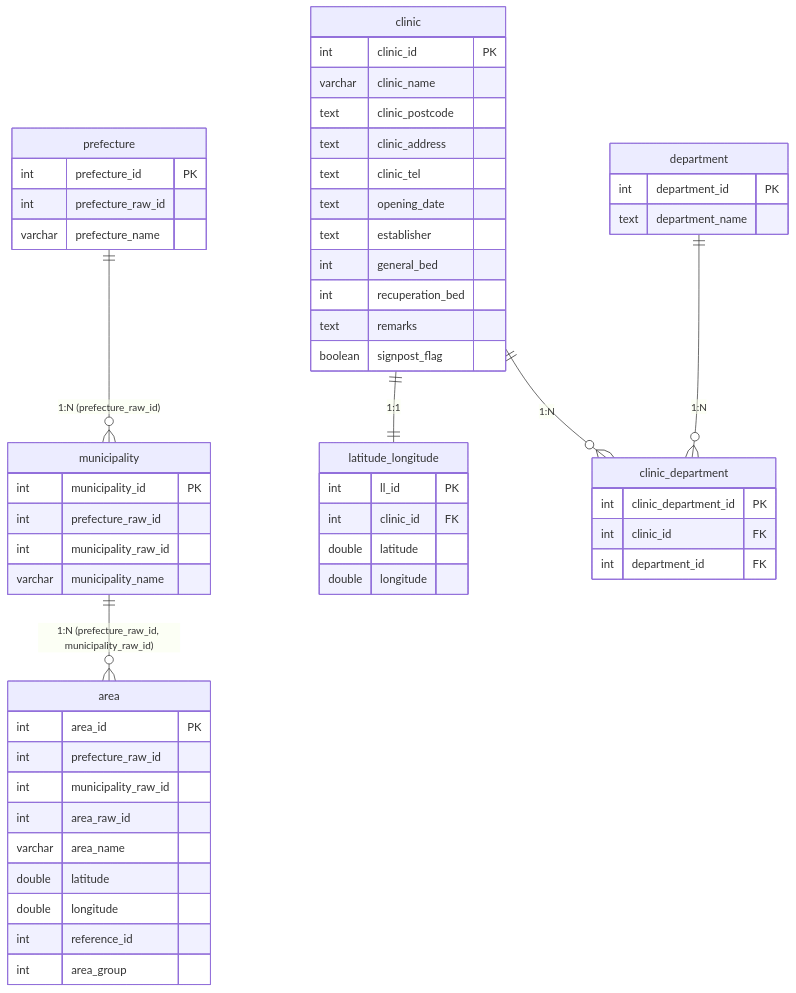
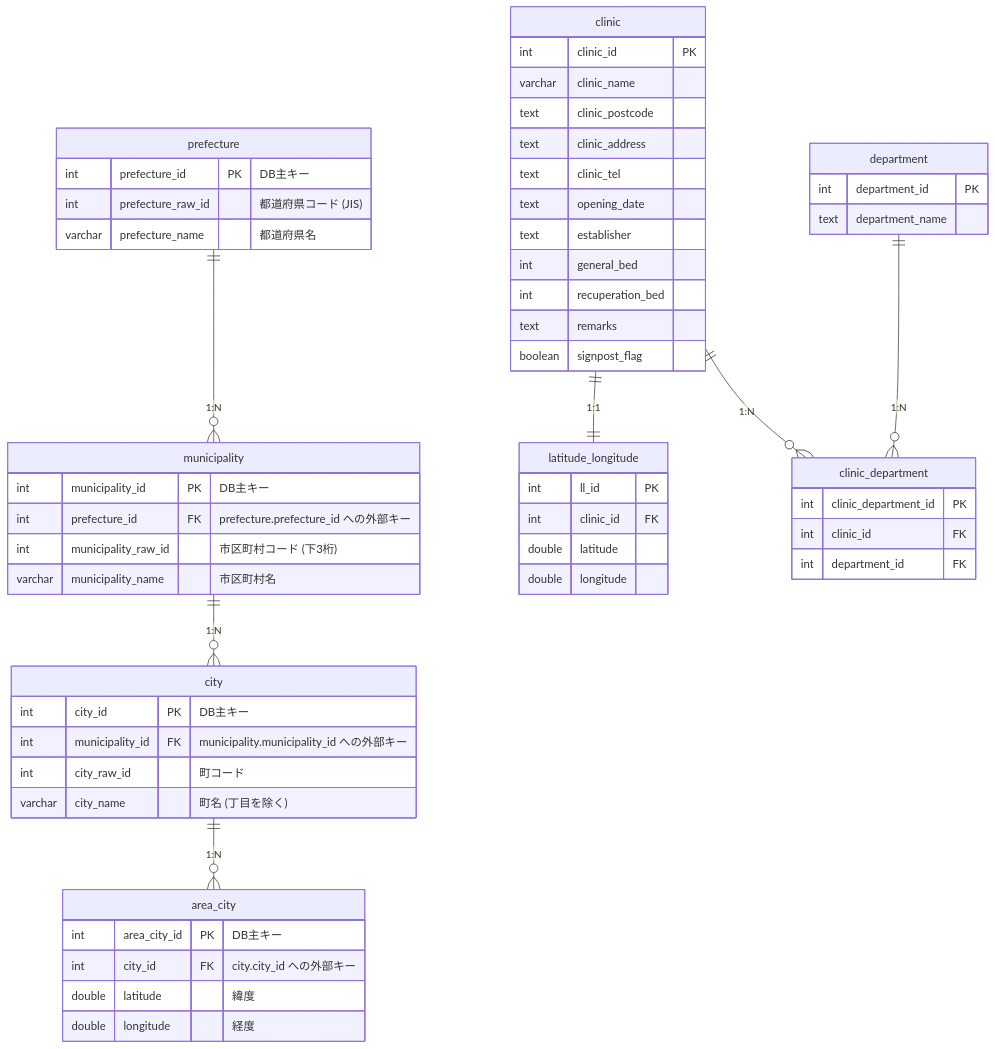
One commit to takaaaa-jun/2026_aws_event changed the diagram in docs/無医地区データの追加.md. Above: the diagram before and after it, drawn with Mermaid. The commit also changed other lines of this file and 4 other files, not shown here.

````diff
--- a/docs/無医地区データの追加.md
+++ b/docs/無医地区データの追加.md
@@ -20,63 +17,65 @@
 ```mermaid
 erDiagram
     %% 無医地区関連テーブル
     prefecture {
-        int prefecture_id PK
-        int prefecture_raw_id
-        varchar prefecture_name
+        int prefecture_id PK "DB主キー"
+        int prefecture_raw_id "都道府県コード (JIS)"
+        varchar prefecture_name "都道府県名"
     }
     municipality {
-        int municipality_id PK
-        int prefecture_raw_id
-        int municipality_raw_id
-        varchar municipality_name
+        int municipality_id PK "DB主キー"
+        int prefecture_id FK "prefecture.prefecture_id への外部キー"
+        int municipality_raw_id "市区町村コード (下3桁)"
+        varchar municipality_name "市区町村名"
     }
-    area {
-        int area_id PK
-        int prefecture_raw_id
-        int municipality_raw_id
-        int area_raw_id
-        varchar area_name
-        double latitude
-        double longitude
-        int reference_id
-        int area_group
+    city {
+        int city_id PK "DB主キー"
+        int municipality_id FK "municipality.municipality_id への外部キー"
+        int city_raw_id "町コード"
+        varchar city_name "町名 (丁目を除く)"
+    }
+    area_city {
+        int area_city_id PK "DB主キー"
+        int city_id FK "city.city_id への外部キー"
+        double latitude "緯度"
+        double longitude "経度"
     }
 
     %% クリニック関連テーブル
     clinic {
         int clinic_id PK
         varchar clinic_name
         text clinic_postcode
         text clinic_address
         text clinic_tel
         text opening_date
         text establisher
         int general_bed
         int recuperation_bed
         text remarks
         boolean signpost_flag
     }
     latitude_longitude {
         int ll_id PK
         int clinic_id FK
         double latitude
         double longitude
     }
     department {
         int department_id PK
         text department_name
     }
     clinic_department {
         int clinic_department_id PK
         int clinic_id FK
         int department_id FK
     }
 
     %% リレーションシップ
-    prefecture ||--o{ municipality : "1:N (prefecture_raw_id)"
-    municipality ||--o{ area : "1:N (prefecture_raw_id, municipality_raw_id)"
+    prefecture ||--o{ municipality : "1:N"
+    municipality ||--o{ city : "1:N"
+    city ||--o{ area_city : "1:N"
     clinic ||--|| latitude_longitude : "1:1"
     clinic ||--o{ clinic_department : "1:N"
     department ||--o{ clinic_department : "1:N"
 ```
````
